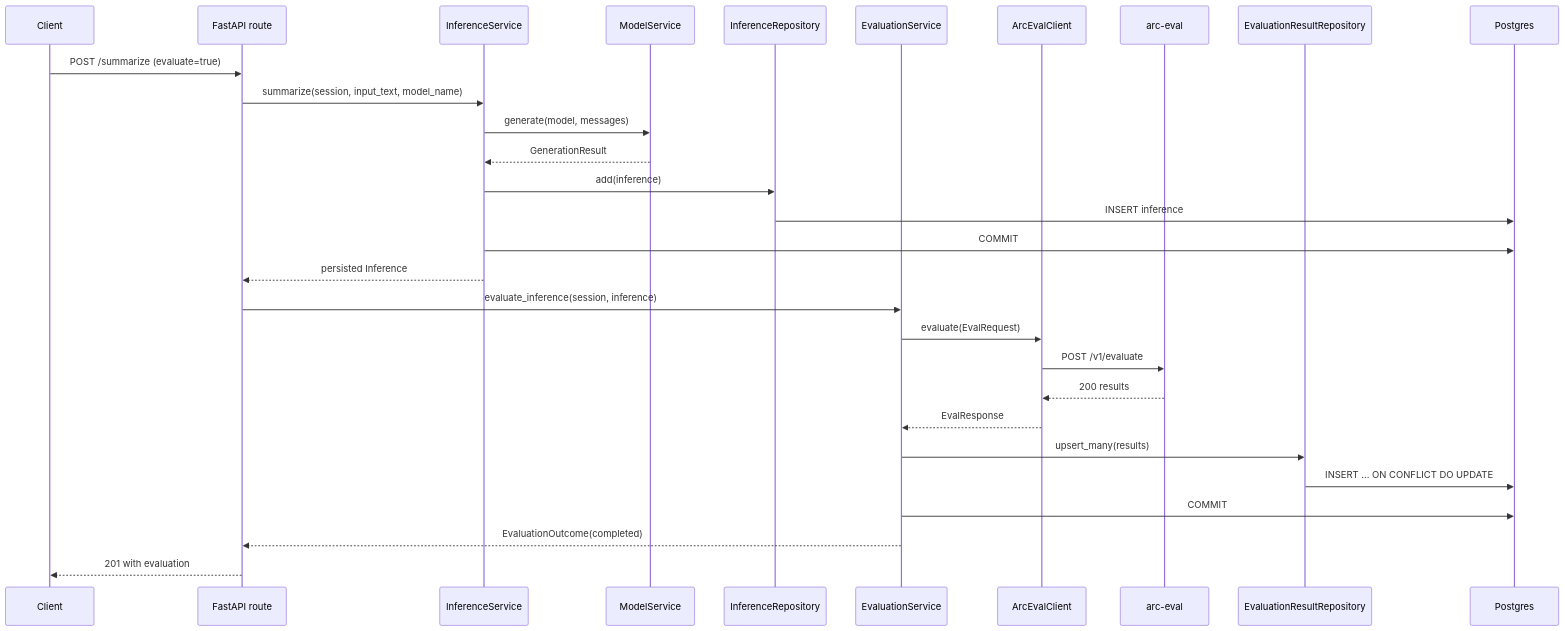
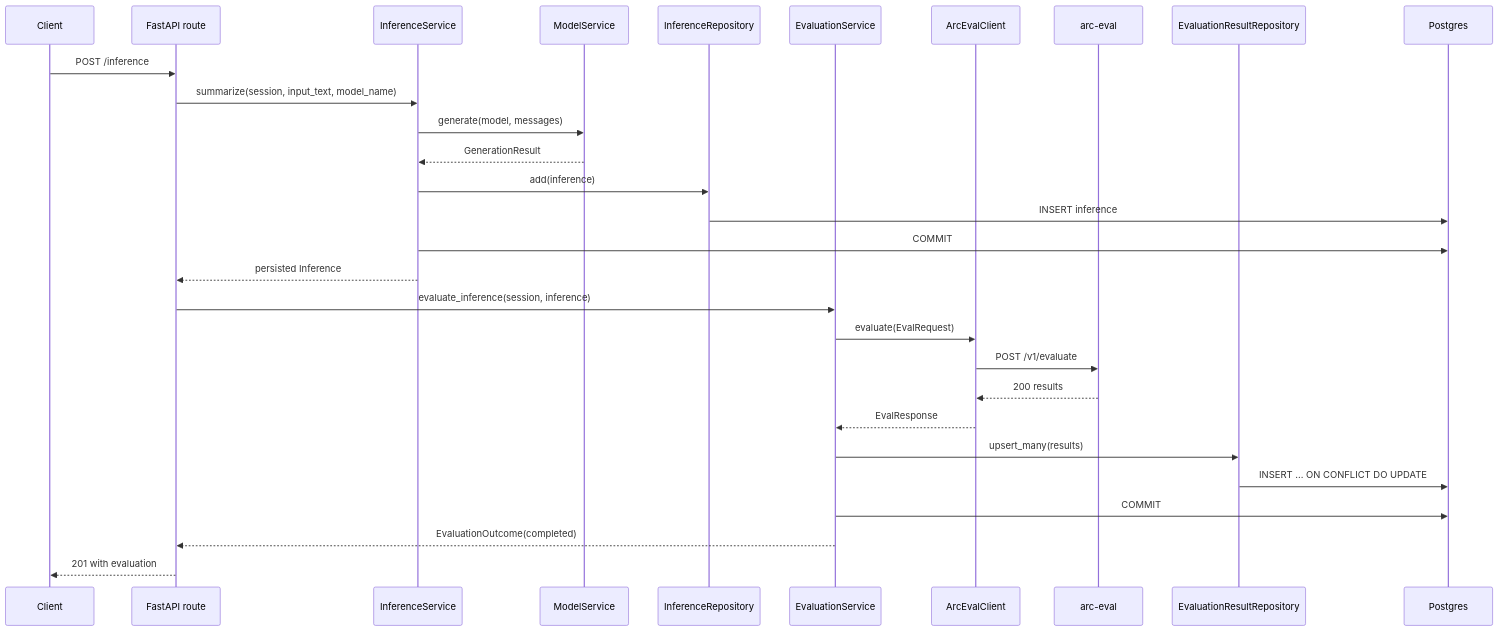
Before and after one commit to DimitarAtanassov/arc-model-lab: the second of 5 diagrams in docs/dataflow.md, drawn with Mermaid. The commit also changed other lines of this file and 25 other files, not shown here.

````diff
--- a/docs/dataflow.md
+++ b/docs/dataflow.md
@@ -52,33 +56,33 @@
 ```mermaid
 sequenceDiagram
     participant Client
     participant API as FastAPI route
     participant Inf as InferenceService
     participant MS as ModelService
     participant IRepo as InferenceRepository
     participant Eval as EvaluationService
     participant AEC as ArcEvalClient
     participant Arc as arc-eval
     participant ERepo as EvaluationResultRepository
     participant DB as Postgres
 
-    Client->>API: POST /summarize (evaluate=true)
+    Client->>API: POST /inference
     API->>Inf: summarize(session, input_text, model_name)
     Inf->>MS: generate(model, messages)
     MS-->>Inf: GenerationResult
     Inf->>IRepo: add(inference)
     IRepo->>DB: INSERT inference
     Inf->>DB: COMMIT
     Inf-->>API: persisted Inference
 
     API->>Eval: evaluate_inference(session, inference)
     Eval->>AEC: evaluate(EvalRequest)
     AEC->>Arc: POST /v1/evaluate
     Arc-->>AEC: 200 results
     AEC-->>Eval: EvalResponse
     Eval->>ERepo: upsert_many(results)
     ERepo->>DB: INSERT ... ON CONFLICT DO UPDATE
     Eval->>DB: COMMIT
     Eval-->>API: EvaluationOutcome(completed)
     API-->>Client: 201 with evaluation
 ```
````
